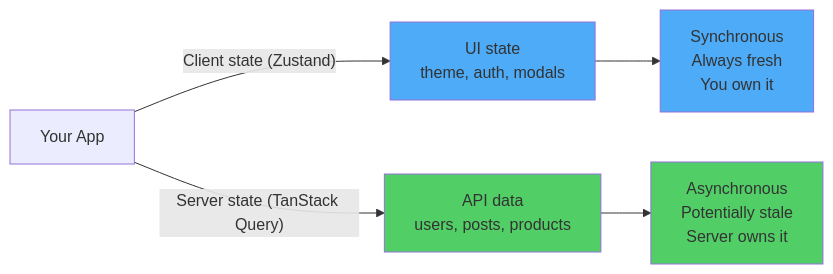
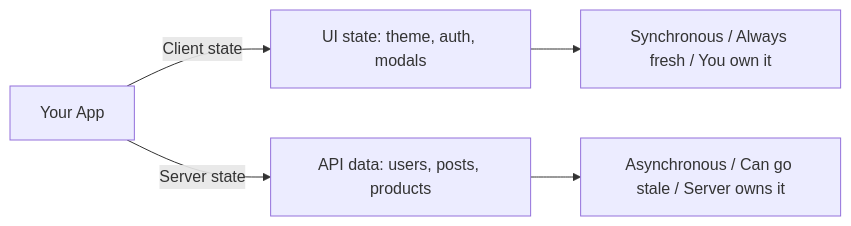
One commit to BabaScience/react-guides changed the seventh of 10 diagrams in arguments/chapters/rn-07-state-management.md. Above: the diagram before and after it, drawn with Mermaid. The commit also changed other lines of this file and 63 other files, not shown here.

First line of the commit message:
Enrich React Native roadmap with deeper content, visuals, and FR/IT translations

````diff
--- a/arguments/chapters/rn-07-state-management.md
+++ b/arguments/chapters/rn-07-state-management.md
@@ -401,13 +514,7 @@
 ```mermaid
 graph LR
-    A[Your App] -->|"Client state (Zustand)"| B["UI state\ntheme, auth, modals"]
-    A -->|"Server state (TanStack Query)"| C["API data\nusers, posts, products"]
-
-    B --> D[Synchronous\nAlways fresh\nYou own it]
-    C --> E[Asynchronous\nPotentially stale\nServer owns it]
-
-    style B fill:#4dabf7
-    style C fill:#51cf66
-    style D fill:#4dabf7
-    style E fill:#51cf66
+    A[Your App] -->|Client state| B[UI state: theme, auth, modals]
+    A -->|Server state| C[API data: users, posts, products]
+    B --> D[Synchronous / Always fresh / You own it]
+    C --> E[Asynchronous / Can go stale / Server owns it]
 ```
````
